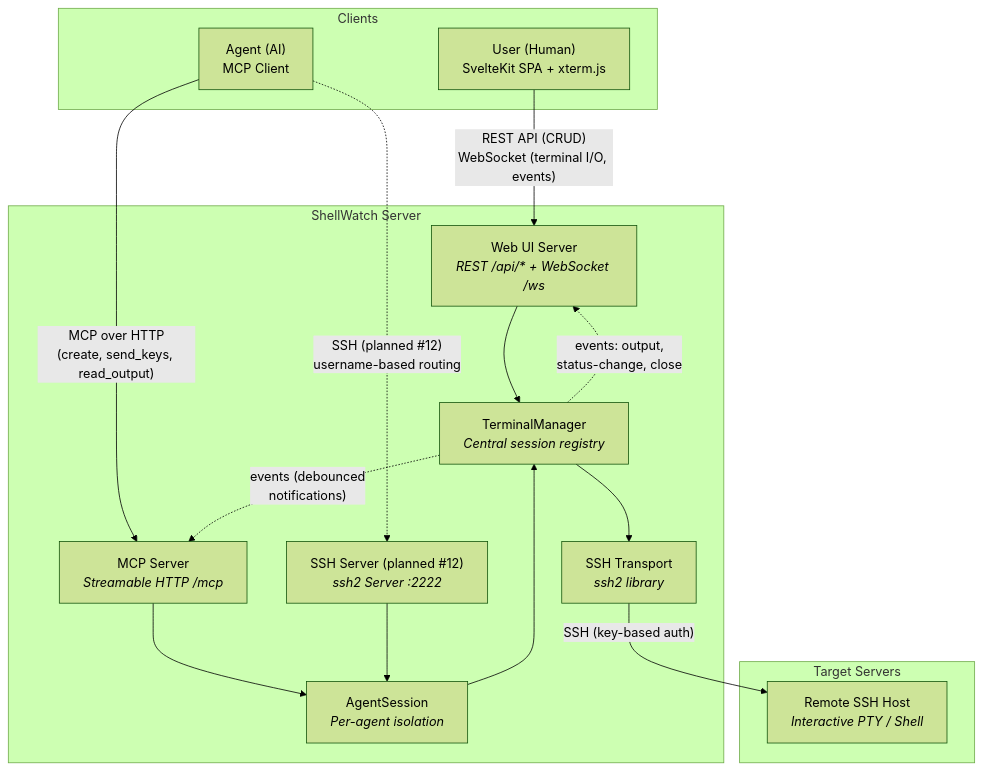
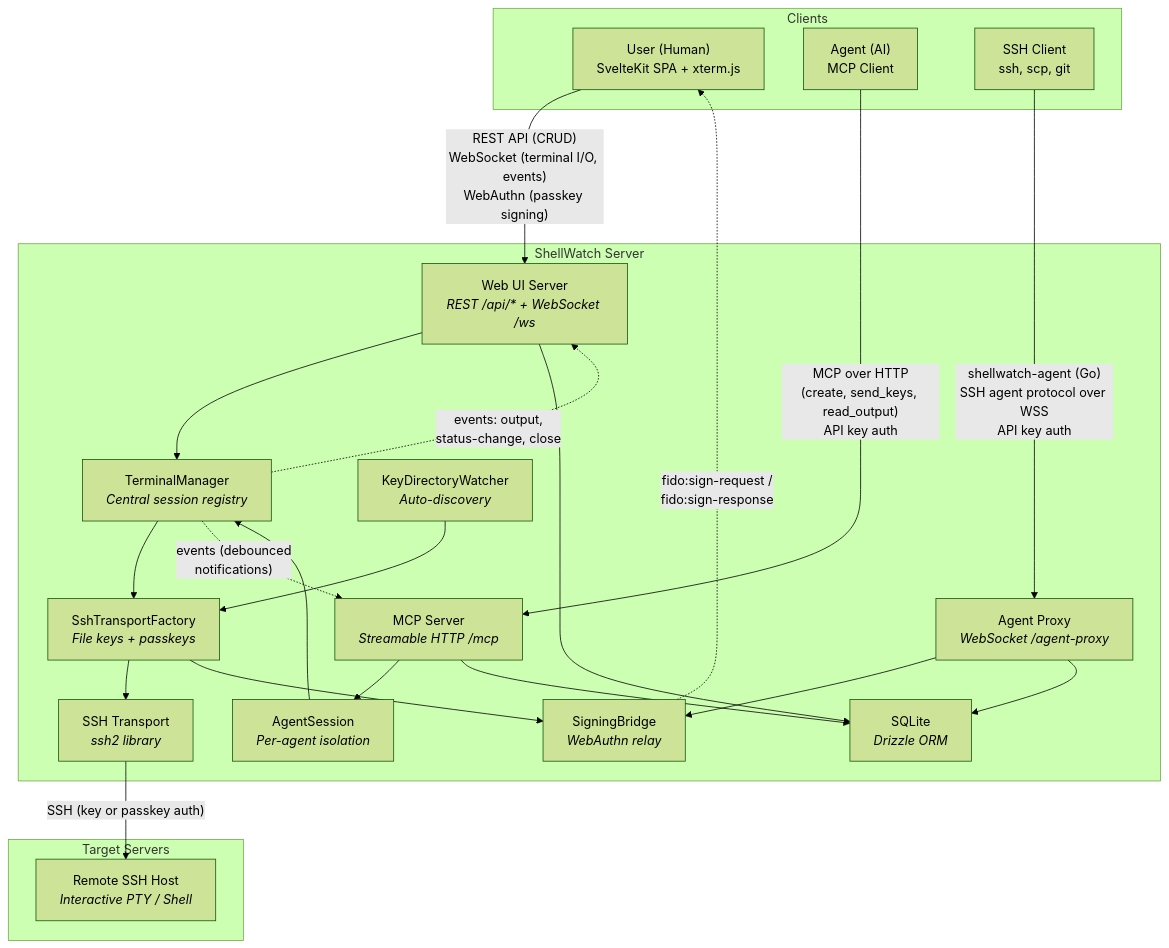
Before and after one commit to rado0x54/ShellWatch: the first of 3 diagrams in docs/architecture-diagram.md, drawn with Mermaid (forest theme). The commit also changed other lines of this file and 1 other file, not shown here.

First line of the commit message:
docs: update architecture docs to reflect current system state

````diff
--- a/docs/architecture-diagram.md
+++ b/docs/architecture-diagram.md
@@ -5,34 +5,46 @@
 ```mermaid
 graph TB
     subgraph Clients
         User["User (Human)<br/>SvelteKit SPA + xterm.js"]
         Agent["Agent (AI)<br/>MCP Client"]
+        SSHCli["SSH Client<br/>ssh, scp, git"]
     end
 
     subgraph ShellWatch["ShellWatch Server"]
         WebUI["Web UI Server<br/><i>REST /api/* + WebSocket /ws</i>"]
         MCP["MCP Server<br/><i>Streamable HTTP /mcp</i>"]
-        SSHSrv["SSH Server (planned #12)<br/><i>ssh2 Server :2222</i>"]
+        AgentProxy["Agent Proxy<br/><i>WebSocket /agent-proxy</i>"]
         AS["AgentSession<br/><i>Per-agent isolation</i>"]
         TM["TerminalManager<br/><i>Central session registry</i>"]
+        SB["SigningBridge<br/><i>WebAuthn relay</i>"]
+        STF["SshTransportFactory<br/><i>File keys + passkeys</i>"]
         SSH["SSH Transport<br/><i>ssh2 library</i>"]
+        KDW["KeyDirectoryWatcher<br/><i>Auto-discovery</i>"]
+        DB["SQLite<br/><i>Drizzle ORM</i>"]
 
         MCP --> AS
-        SSHSrv --> AS
         AS --> TM
         WebUI --> TM
-        TM --> SSH
+        TM --> STF
+        STF --> SSH
+        STF --> SB
+        AgentProxy --> SB
+        KDW --> STF
+        WebUI --> DB
+        MCP --> DB
+        AgentProxy --> DB
     end
 
     subgraph Targets["Target Servers"]
         Remote["Remote SSH Host<br/><i>Interactive PTY / Shell</i>"]
     end
 
-    User -- "REST API (CRUD)<br/>WebSocket (terminal I/O, events)" --> WebUI
-    Agent -- "MCP over HTTP<br/>(create, send_keys, read_output)" --> MCP
-    Agent -. "SSH (planned #12)<br/>username-based routing" .-> SSHSrv
-    SSH -- "SSH (key-based auth)" --> Remote
+    User -- "REST API (CRUD)<br/>WebSocket (terminal I/O, events)<br/>WebAuthn (passkey signing)" --> WebUI
+    Agent -- "MCP over HTTP<br/>(create, send_keys, read_output)<br/>API key auth" --> MCP
+    SSHCli -- "shellwatch-agent (Go)<br/>SSH agent protocol over WSS<br/>API key auth" --> AgentProxy
+    SSH -- "SSH (key or passkey auth)" --> Remote
 
+    SB -. "fido:sign-request /<br/>fido:sign-response" .-> User
     TM -. "events: output,<br/>status-change, close" .-> WebUI
     TM -. "events (debounced<br/>notifications)" .-> MCP
 ```
````
